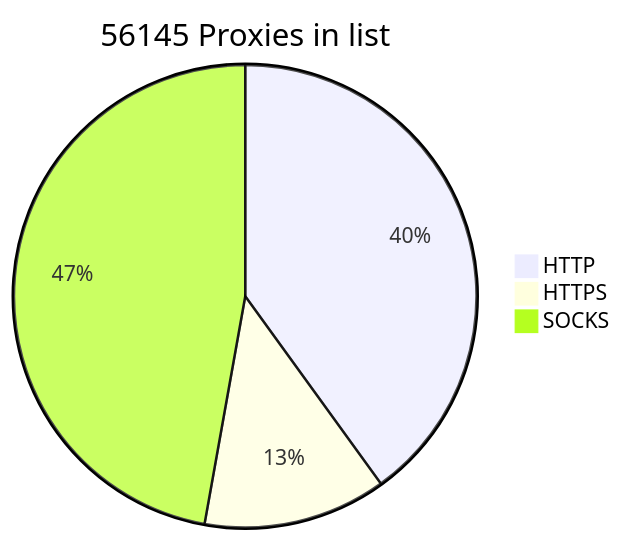
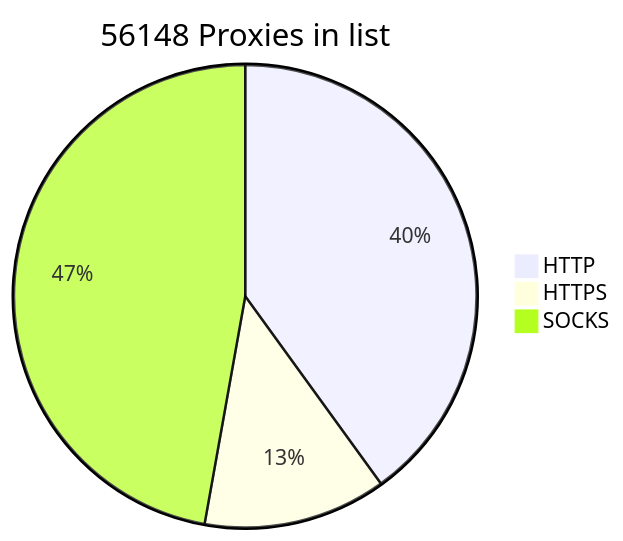
One commit to BlackSnowDot/proxylist-update-every-minute changed the diagram in README.md. Above: the diagram before and after it, drawn with Mermaid.

````diff
--- a/README.md
+++ b/README.md
@@ -2,6 +2,6 @@
 ```mermaid
-pie title 56145 Proxies in list
+pie title 56148 Proxies in list
     "HTTP" : 25215
     "HTTPS": 8053
-    "SOCKS" : 29720
+    "SOCKS" : 29723
 ```
````
